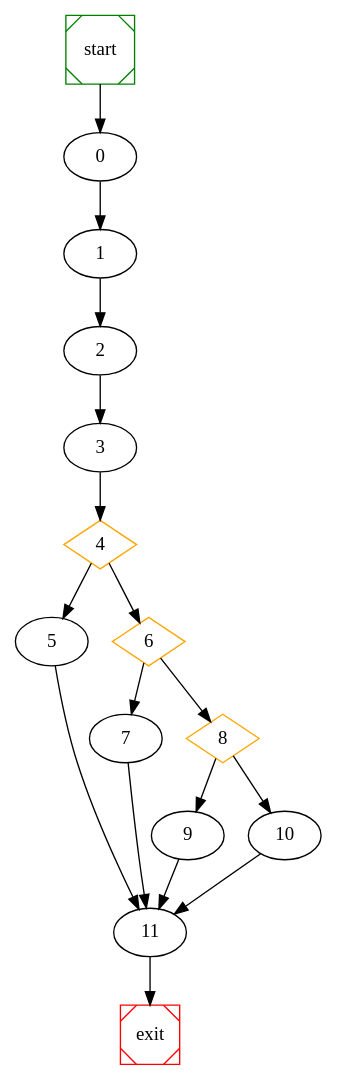
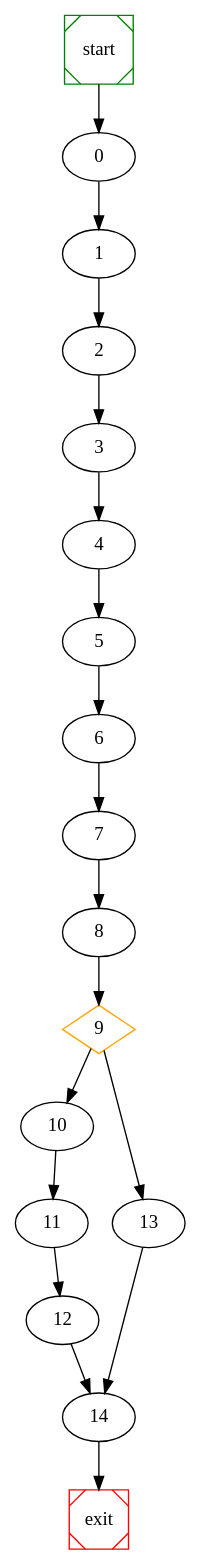
Before and after one commit to NabeelQaiser/BTP_2k18-19: the diagram in se/raw_graph.dot, drawn with Graphviz. The commit also changed 29 other files, not shown here.

```diff
--- a/se/raw_graph.dot
+++ b/se/raw_graph.dot
@@ -1,26 +1,25 @@
 # dot file created at runtime
 
 digraph G {
 	start -> 0;
 	0 -> 1 ;
 	1 -> 2 ;
 	2 -> 3 ;
-	4 [shape=diamond, color=orange] ;
+	3 -> 4 ;
 	4 -> 5 ;
-	6 [shape=diamond, color=orange] ;
-	4 -> 6 ;
+	5 -> 6 ;
 	6 -> 7 ;
-	8 [shape=diamond, color=orange] ;
-	6 -> 8 ;
+	7 -> 8 ;
+	9 [shape=diamond, color=orange] ;
+	10 -> 11 ;
+	11 -> 12 ;
+	9 -> 10 ;
+	9 -> 13 ;
 	8 -> 9 ;
-	8 -> 10 ;
-	3 -> 4 ;
-	10 -> 11 ;
-	7 -> 11 ;
-	5 -> 11 ;
-	9 -> 11 ;
-	11 -> exit;
+	13 -> 14 ;
+	12 -> 14 ;
+	14 -> exit;
 
 	start [shape=Msquare, color=green];
 	exit [shape=Msquare, color=red];
 }
```
